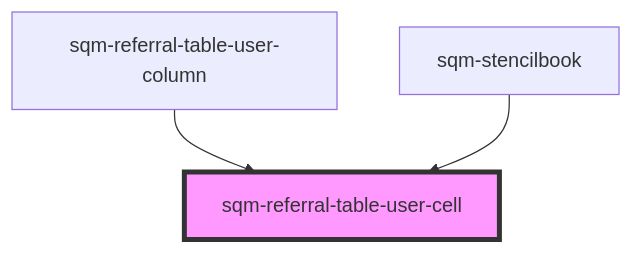
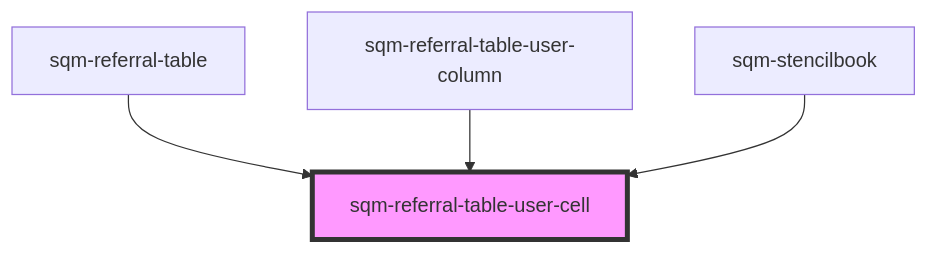
Before and after one commit to saasquatch/program-tools: the diagram in packages/mint-components/src/components/sqm-referral-table/cells/readme.md, drawn with Mermaid. The commit also changed other lines of this file and 17 other files, not shown here.

````diff
--- a/packages/mint-components/src/components/sqm-referral-table/cells/readme.md
+++ b/packages/mint-components/src/components/sqm-referral-table/cells/readme.md
@@ -23,6 +24,7 @@
 ```mermaid
 graph TD;
+  sqm-referral-table --> sqm-referral-table-user-cell
   sqm-referral-table-user-column --> sqm-referral-table-user-cell
   sqm-stencilbook --> sqm-referral-table-user-cell
   style sqm-referral-table-user-cell fill:#f9f,stroke:#333,stroke-width:4px
 ```
````
